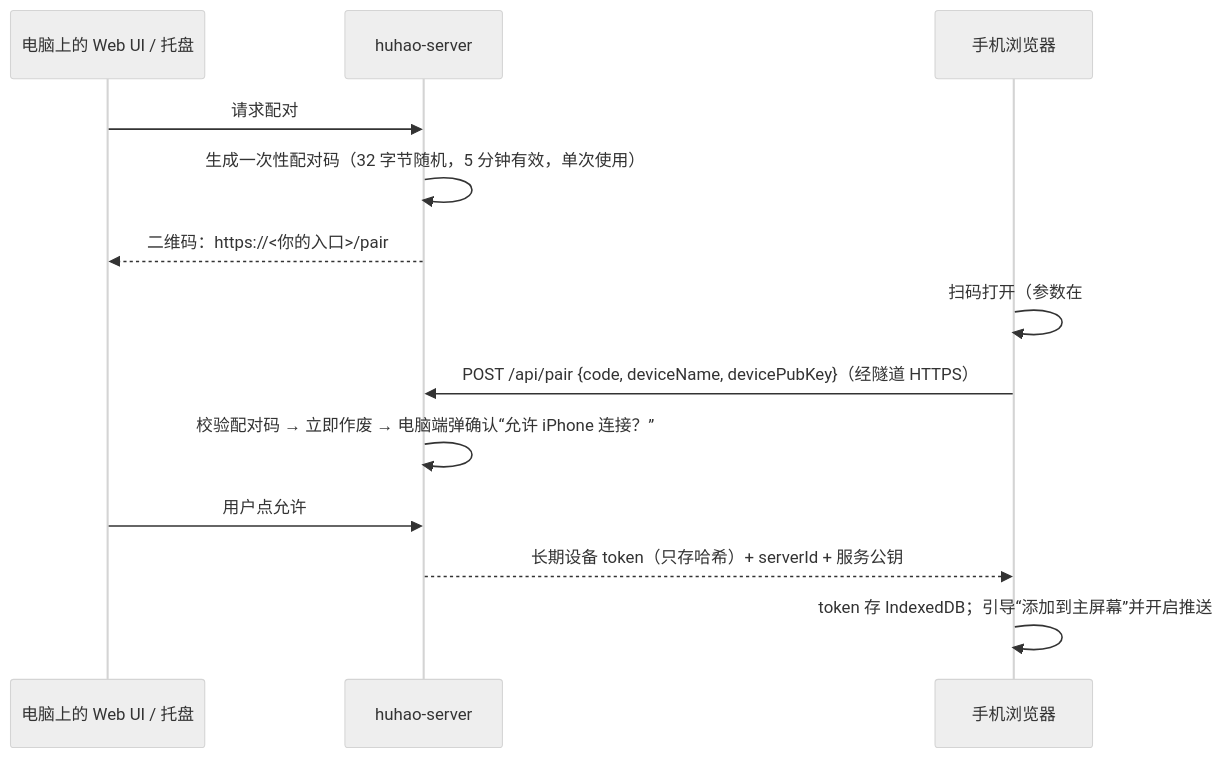
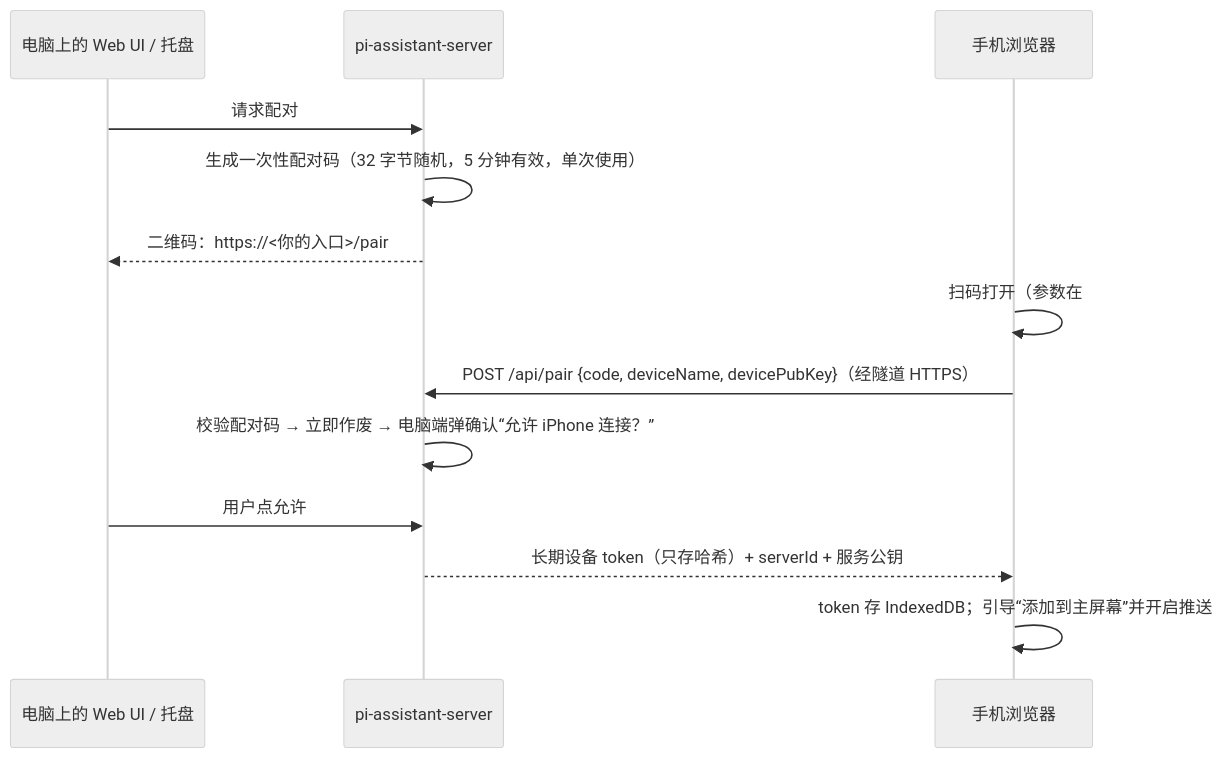
The third of 3 diagrams in docs/DESIGN.md (MyMiMang/pi-assistant), drawn with Mermaid (neutral theme) before and after one commit. The commit also changed other lines of this file and 68 other files, not shown here.

Commit message:
refactor: 产品名改为中性占位 “Pi Assistant”（packages/shared 唯一定义）；@huhao/* → @pi-assistant/*、HUHAO_* → PIA_*（兼容旧变量）、数据目录/数据库/钥匙串/浏览器存储自动迁移；macOS LaunchAgent 安装脚本 com.piassistant.server

````diff
--- a/docs/DESIGN.md
+++ b/docs/DESIGN.md
@@ -364,15 +364,15 @@
 ```mermaid
 sequenceDiagram
   participant D as 电脑上的 Web UI / 托盘
-  participant S as huhao-server
+  participant S as pi-assistant-server
   participant P as 手机浏览器
   D->>S: 请求配对
   S->>S: 生成一次性配对码（32 字节随机，5 分钟有效，单次使用）
   S-->>D: 二维码：https://<你的入口>/pair#（未部署入口时为隧道地址）sid=<serverId>&u=<隧道地址>&pk=<服务公钥>&c=<配对码>
   P->>P: 扫码打开（参数在 # 片段里，不会进入任何服务器日志）
   P->>S: POST /api/pair {code, deviceName, devicePubKey}（经隧道 HTTPS）
   S->>S: 校验配对码 → 立即作废 → 电脑端弹确认“允许 iPhone 连接？”
   D->>S: 用户点允许
   S-->>P: 长期设备 token（只存哈希）+ serverId + 服务公钥
   P->>P: token 存 IndexedDB；引导“添加到主屏幕”并开启推送
 ```
````
